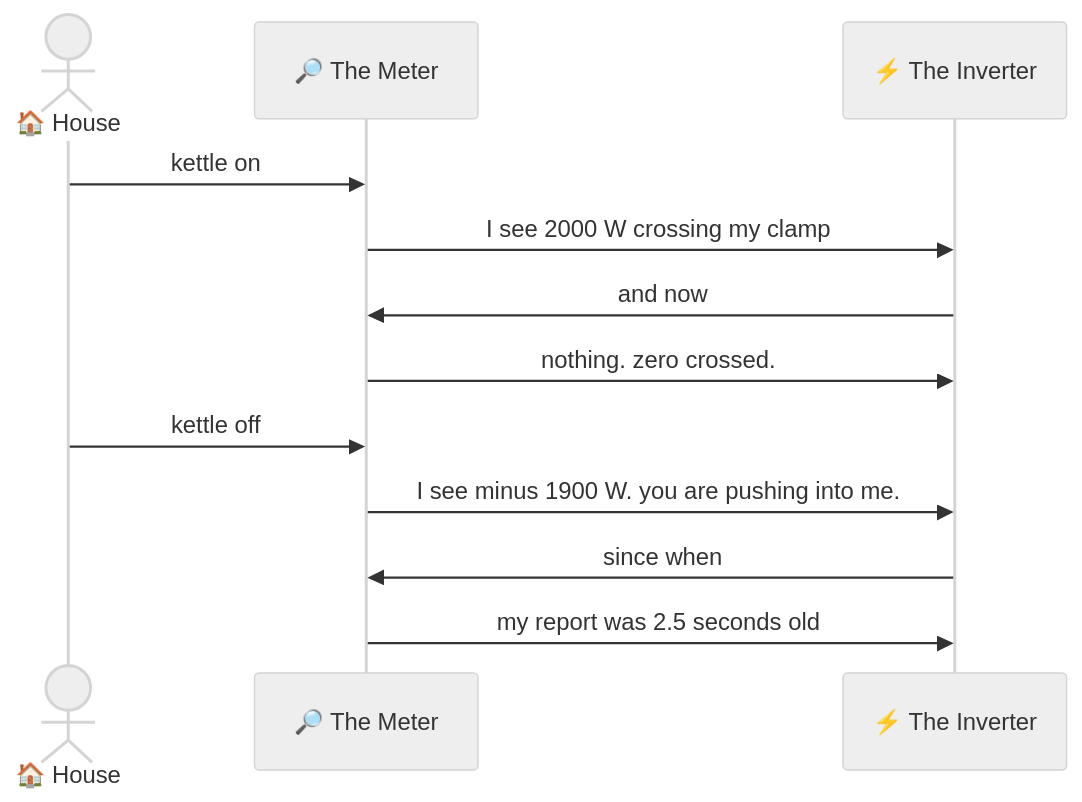
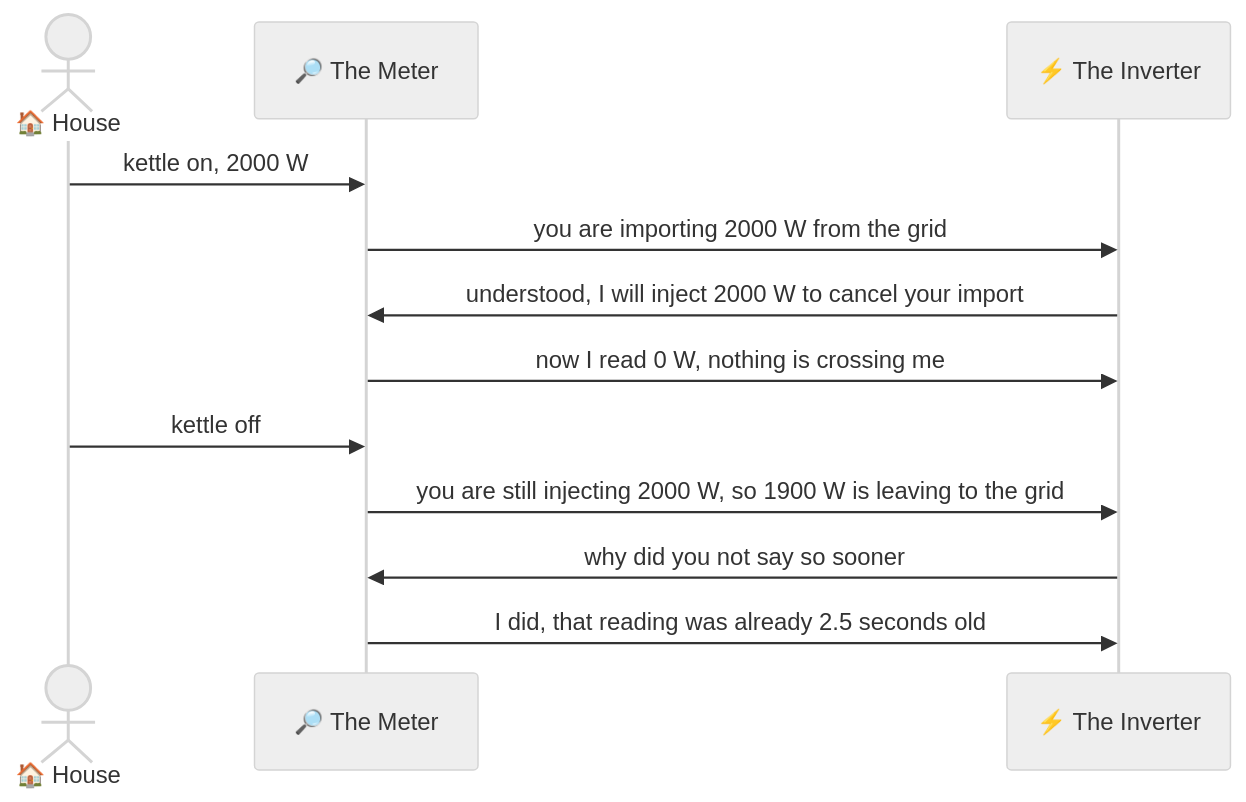
The first of 16 diagrams in content/posts/ecoflow-zero-export-ble-meter-injection/index.md (phoinixgrr/mastori), drawn with Mermaid (neutral theme) before and after one commit. The commit also changed other lines of this file, not shown here.

First line of the commit message:
zero-export post: cut to half length, drop the two lesson sections

```diff
--- a/content/posts/ecoflow-zero-export-ble-meter-injection/index.md
+++ b/content/posts/ecoflow-zero-export-ble-meter-injection/index.md
@@ -58,15 +51,15 @@
 {{< mermaid >}}
 sequenceDiagram
     actor H as 🏠 House
     participant M as 🔎 The Meter
     participant I as ⚡ The Inverter
 
-    H->>M: kettle on
-    M->>I: I see 2000 W crossing my clamp
-    I->>M: and now
-    M->>I: nothing. zero crossed.
+    H->>M: kettle on, 2000 W
+    M->>I: you are importing 2000 W from the grid
+    I->>M: understood, I will inject 2000 W to cancel your import
+    M->>I: now I read 0 W, nothing is crossing me
     H->>M: kettle off
-    M->>I: I see minus 1900 W. you are pushing into me.
-    I->>M: since when
-    M->>I: my report was 2.5 seconds old
+    M->>I: you are still injecting 2000 W, so 1900 W is leaving to the grid
+    I->>M: why did you not say so sooner
+    M->>I: I did, that reading was already 2.5 seconds old
 {{< /mermaid >}}
```
